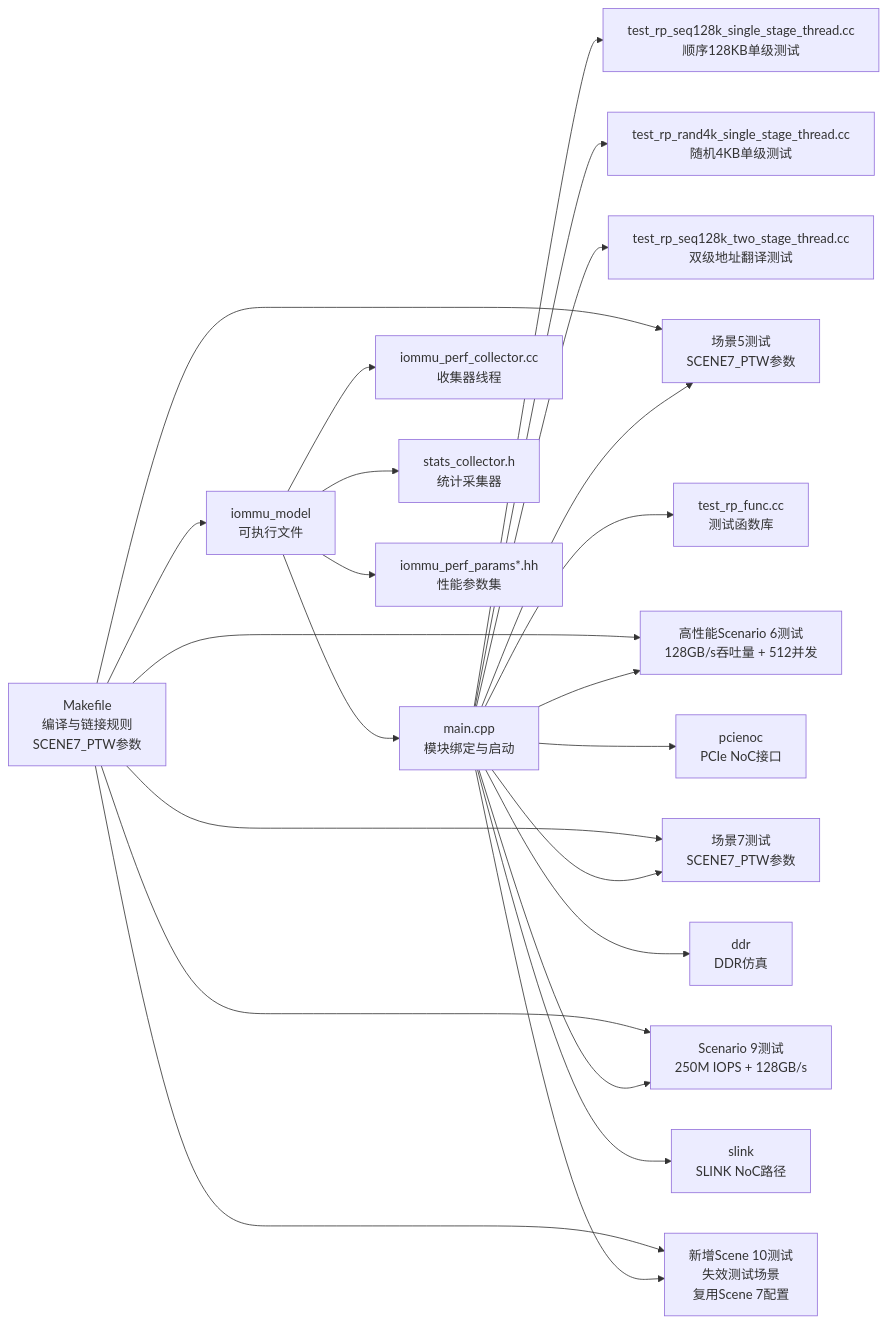
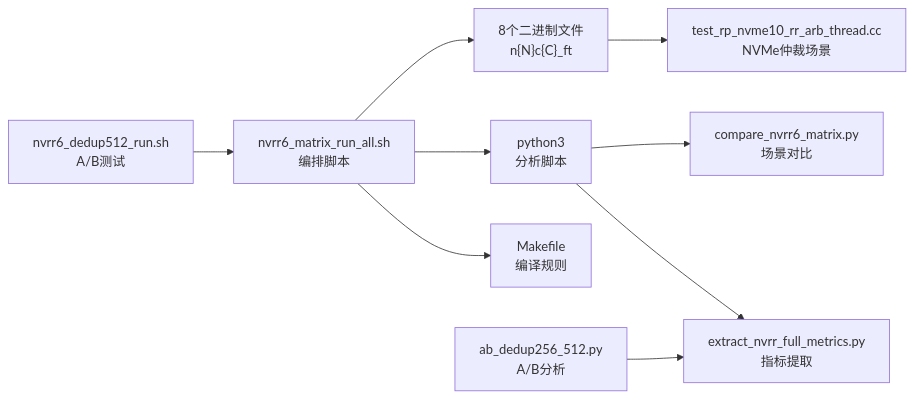
One commit to jiangjiang1122/iommu_model_20260401_v1 changed the fourth of 4 diagrams in .qoder/repowiki/zh/content/性能模型/性能基准测试.md. Above: the diagram before and after it, drawn with Mermaid. The commit also changed other lines of this file and 55 other files, not shown here.

First line of the commit message:
perf(iommu): 去重单元机制v2全场景落地 严格优先仲裁UPD>INS>REQ + UPDATE可变原子段

````diff
--- a/.qoder/repowiki/zh/content/性能模型/性能基准测试.md
+++ b/.qoder/repowiki/zh/content/性能模型/性能基准测试.md
@@ -466,25 +292,11 @@
 ```mermaid
 graph LR
-MK["Makefile<br/>编译与链接规则<br/>SCENE7_PTW参数"] --> BIN["iommu_model<br/>可执行文件"]
-BIN --> MAIN["main.cpp<br/>模块绑定与启动"]
-MAIN --> SCENE1["test_rp_seq128k_single_stage_thread.cc<br/>顺序128KB单级测试"]
-MAIN --> SCENE2["test_rp_rand4k_single_stage_thread.cc<br/>随机4KB单级测试"]
-MAIN --> SCENE3["test_rp_seq128k_two_stage_thread.cc<br/>双级地址翻译测试"]
-MAIN --> SCENE5["场景5测试<br/>SCENE7_PTW参数"]
-MAIN --> SCENE6["高性能Scenario 6测试<br/>128GB/s吞吐量 + 512并发"]
-MAIN --> SCENE7["场景7测试<br/>SCENE7_PTW参数"]
-MAIN --> SCENE9["Scenario 9测试<br/>250M IOPS + 128GB/s"]
-MAIN --> SCENE10["新增Scene 10测试<br/>失效测试场景<br/>复用Scene 7配置"]
-MAIN --> FUNC["test_rp_func.cc<br/>测试函数库"]
-MAIN --> PCIE["pcienoc<br/>PCIe NoC接口"]
-MAIN --> DDR["ddr<br/>DDR仿真"]
-MAIN --> SLINK["slink<br/>SLINK NoC路径"]
-BIN --> COL["iommu_perf_collector.cc<br/>收集器线程"]
-BIN --> STATS["stats_collector.h<br/>统计采集器"]
-BIN --> PARAMS["iommu_perf_params*.hh<br/>性能参数集"]
-MK --> SCENE5
-MK --> SCENE6
-MK --> SCENE7
-MK --> SCENE9
-MK --> SCENE10
+MATRIX["nvrr6_matrix_run_all.sh<br/>编排脚本"] --> MAKE["Makefile<br/>编译规则"]
+MATRIX --> PYTHON["python3<br/>分析脚本"]
+MATRIX --> BIN["8个二进制文件<br/>n{N}c{C}_ft"]
+BIN --> TEST["test_rp_nvme10_rr_arb_thread.cc<br/>NVMe仲裁场景"]
+PYTHON --> EXTRACT["extract_nvrr_full_metrics.py<br/>指标提取"]
+PYTHON --> COMPARE["compare_nvrr6_matrix.py<br/>场景对比"]
+DEDUP["nvrr6_dedup512_run.sh<br/>A/B测试"] --> MATRIX
+AB["ab_dedup256_512.py<br/>A/B分析"] --> EXTRACT
 ```
````
